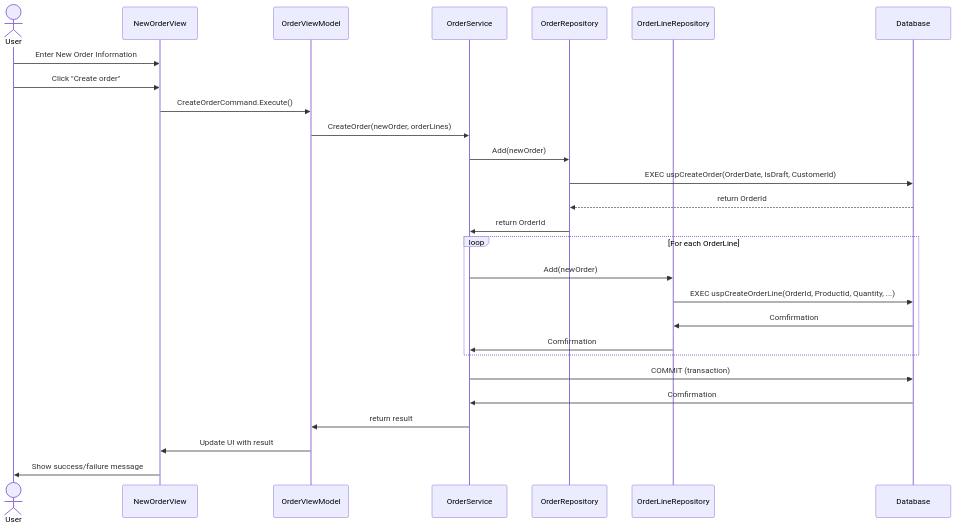
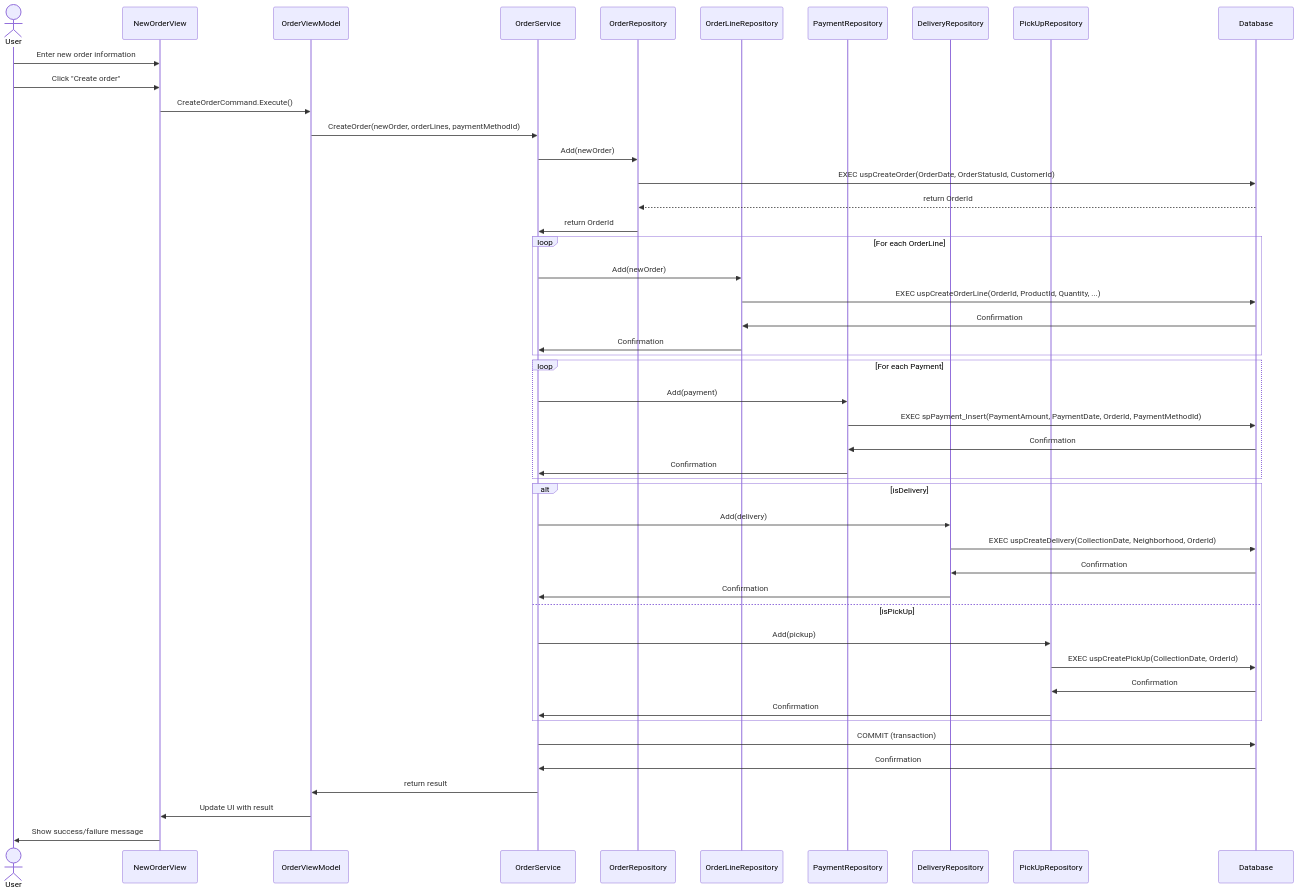
One commit to ilhamhashi/NBOrderManagerApp changed the diagram in OMSLibrary/UC1 - SD.mmd. Above: the diagram before and after it, drawn with Mermaid.

Commit message:
Ændringer i SD

```diff
--- a/OMSLibrary/UC1 - SD.mmd
+++ b/OMSLibrary/UC1 - SD.mmd
@@ -1,28 +1,49 @@
-sequenceDiagram
-actor User
-participant NewOrderView
-participant OrderViewModel
-participant OrderService
-participant OrderRepository
-participant OrderLineRepository
-participant Database
+sequenceDiagram 
 
-User->>NewOrderView: Enter New Order Information
-User->>NewOrderView: Click "Create order"
-NewOrderView->>OrderViewModel: CreateOrderCommand.Execute()
-OrderViewModel->>OrderService: CreateOrder(newOrder, orderLines)
-OrderService->>OrderRepository: Add(newOrder)
-OrderRepository->>Database: EXEC uspCreateOrder(OrderDate, IsDraft, CustomerId)
-Database-->>OrderRepository: return OrderId
-OrderRepository->>OrderService: return OrderId
-loop For each OrderLine
-	OrderService ->> OrderLineRepository: Add(newOrder)
-	OrderLineRepository ->> Database: EXEC uspCreateOrderLine(OrderId, ProductId, Quantity, ...)
-	Database ->> OrderLineRepository: Comfirmation
-	OrderLineRepository ->> OrderService: Comfirmation
-end
-OrderService ->> Database: COMMIT (transaction)
-Database ->> OrderService: Comfirmation
-OrderService ->> OrderViewModel: return result
-OrderViewModel ->> NewOrderView: Update UI with result
-NewOrderView->>User: Show success/failure message
+actor User 
+participant NewOrderView 
+participant OrderViewModel 
+participant OrderService 
+participant OrderRepository 
+participant OrderLineRepository 
+participant PaymentRepository 
+participant DeliveryRepository 
+participant PickUpRepository 
+participant Database 
+
+User->>NewOrderView: Enter new order information 
+User->>NewOrderView: Click "Create order" 
+NewOrderView->>OrderViewModel: CreateOrderCommand.Execute() 
+OrderViewModel->>OrderService: CreateOrder(newOrder, orderLines, paymentMethodId) 
+OrderService->>OrderRepository: Add(newOrder) 
+OrderRepository->>Database: EXEC uspCreateOrder(OrderDate, OrderStatusId, CustomerId) 
+Database-->>OrderRepository: return OrderId 
+OrderRepository->>OrderService: return OrderId 
+loop For each OrderLine 
+	OrderService ->> OrderLineRepository: Add(newOrder) 
+	OrderLineRepository ->> Database: EXEC uspCreateOrderLine(OrderId, ProductId, Quantity, ...) 
+	Database ->> OrderLineRepository: Confirmation 
+	OrderLineRepository ->> OrderService: Confirmation 
+end 
+loop For each Payment 
+	OrderService ->> PaymentRepository: Add(payment) 
+	PaymentRepository ->> Database: EXEC spPayment_Insert(PaymentAmount, PaymentDate, OrderId, PaymentMethodId) 
+	Database ->> PaymentRepository: Confirmation 
+	PaymentRepository ->> OrderService: Confirmation 
+end 
+alt isDelivery 
+	OrderService ->> DeliveryRepository: Add(delivery) 
+	DeliveryRepository->> Database: EXEC uspCreateDelivery(CollectionDate, Neighborhood, OrderId) 
+	Database ->> DeliveryRepository: Confirmation 
+	DeliveryRepository->> OrderService: Confirmation 
+else isPickUp 
+	OrderService ->> PickUpRepository: Add(pickup) 
+	PickUpRepository->> Database: EXEC uspCreatePickUp(CollectionDate, OrderId) 
+	Database ->> PickUpRepository: Confirmation 
+	PickUpRepository->> OrderService: Confirmation 
+end 
+OrderService ->> Database: COMMIT (transaction) 
+Database ->> OrderService: Confirmation 
+OrderService ->> OrderViewModel: return result 
+OrderViewModel ->> NewOrderView: Update UI with result 
+NewOrderView->>User: Show success/failure message 
```
